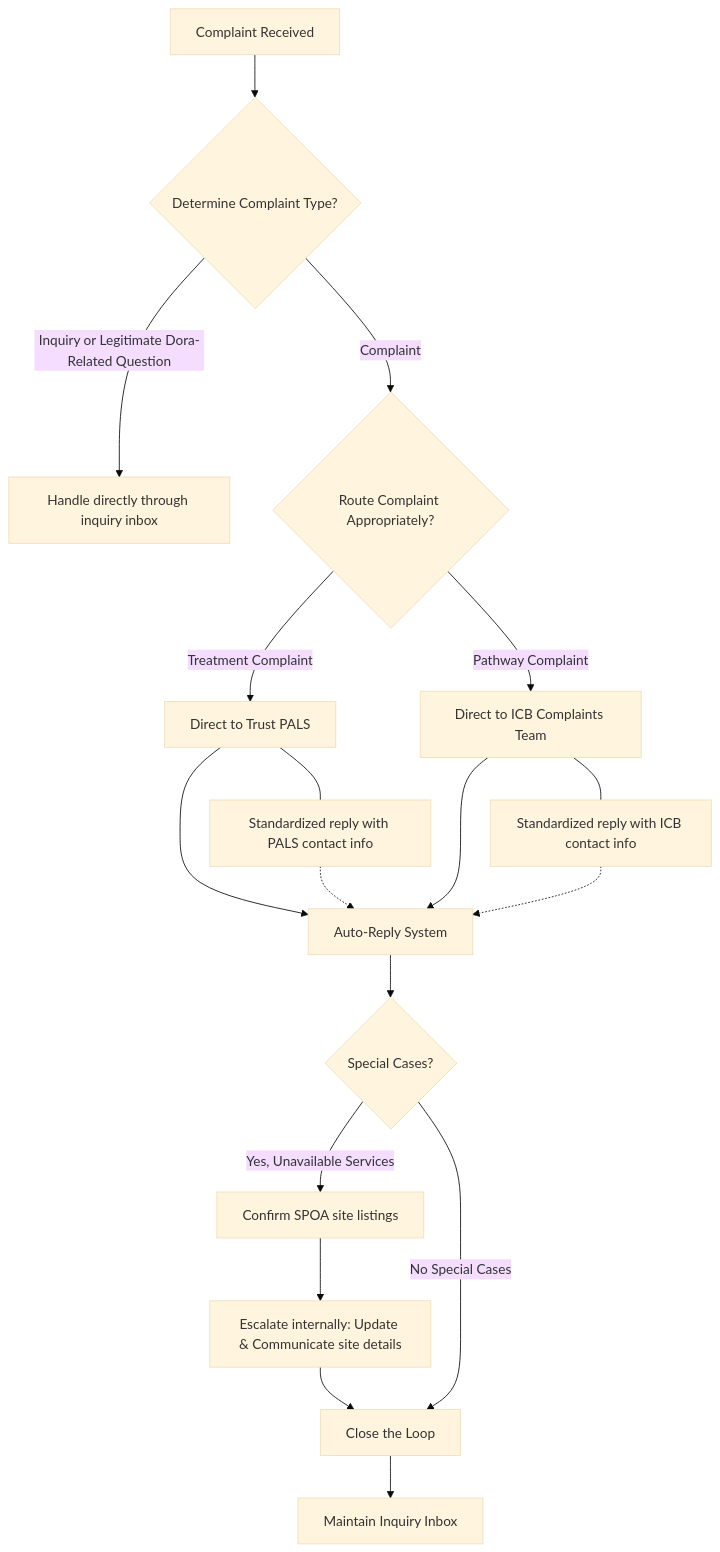
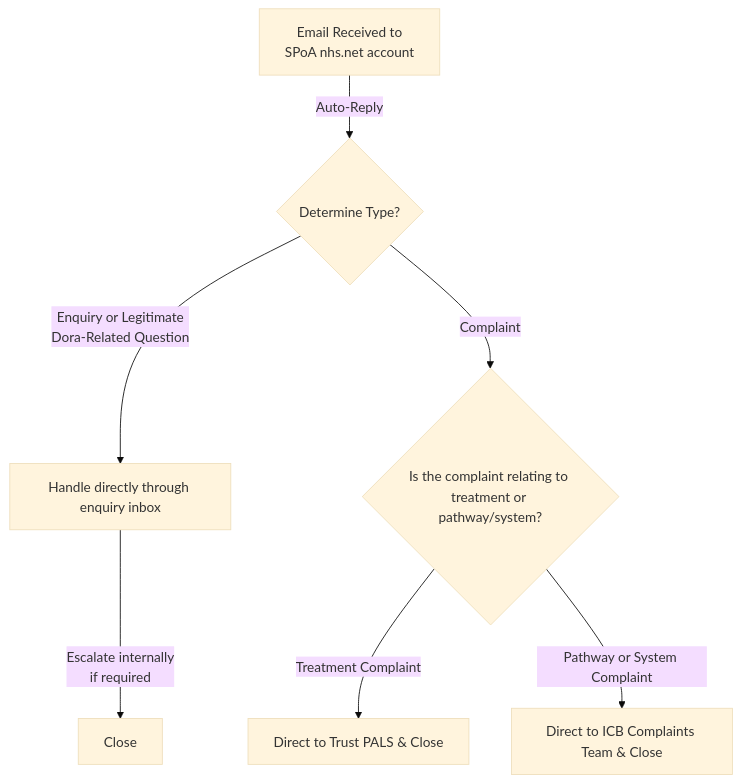
Before and after one commit to lkstacey/golive: the diagram in complaints-flow.md, drawn with Mermaid (base theme).

````diff
--- a/complaints-flow.md
+++ b/complaints-flow.md
@@ -1,31 +1,13 @@
 ```mermaid
 graph TD
-    A[Complaint Received] --> B{Determine Complaint Type?};
-
-    B -- Inquiry or Legitimate Dora-Related Question --> C[Handle directly through inquiry inbox];
-    B -- Complaint --> D{Route Complaint Appropriately?};
-
-    D -- Treatment Complaint --> E[Direct to Trust PALS];
-    D -- Pathway Complaint --> F[Direct to ICB Complaints Team];
-
-    E --> G[Auto-Reply System];
-    F --> G;
-
-    G --> H{Special Cases?};
-
-    H -- Yes, Unavailable Services --> I[Confirm SPOA site listings];
-    I --> J[Escalate internally: Update & Communicate site details];
-    J --> K[Close the Loop];
-
-    H -- No Special Cases --> K;
-
-    K --> L[Maintain Inquiry Inbox];
-
-    %% Sub-processes/Details (implied from text)
-    E --- M[Standardized reply with PALS contact info];
-    F --- N[Standardized reply with ICB contact info];
-
-    %% Connecting sub-processes to main flow visually if desired, though often implied
-    M -.-> G;
-    N -.-> G;
+    A[Email Received to 
+    SPoA nhs.net account] -- Auto-Reply --> B{Determine Type?};
+    
+    B -- Enquiry or Legitimate 
+    Dora-Related Question --> C[Handle directly through enquiry inbox];
+    B -- Complaint --> D{Is the complaint relating to treatment or pathway/system?};
+    C -- Escalate internally 
+    if required --> K[Close];
+    D -- Treatment Complaint --> E[Direct to Trust PALS & Close];
+    D -- Pathway or System Complaint --> F[Direct to ICB Complaints Team & Close];
 ```
````
